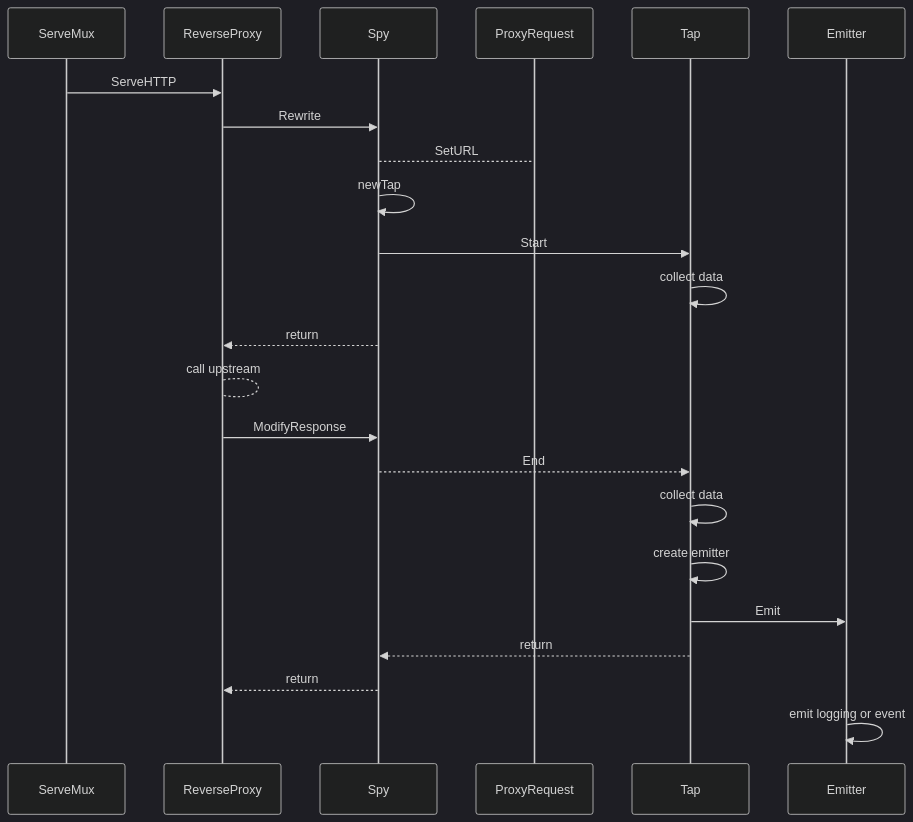
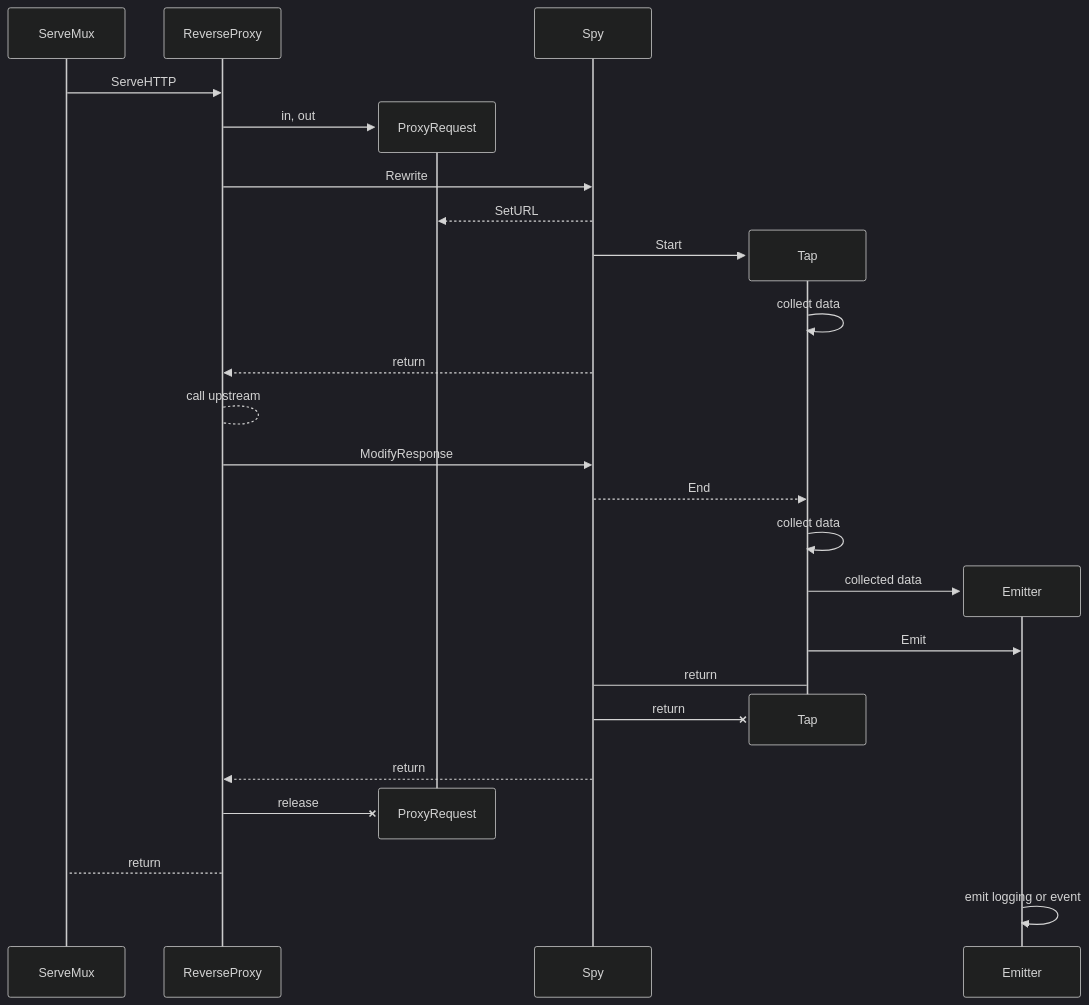
One commit to myhops/cewrap changed the diagram in README.md. Above: the diagram before and after it, drawn with Mermaid (dark theme).

Commit message:
Save work

````diff
--- a/README.md
+++ b/README.md
@@ -73,22 +73,37 @@
 ```mermaid
 %% Example of sequence diagram
   sequenceDiagram
     ServeMux->>ReverseProxy: ServeHTTP
+    create participant ProxyRequest
+    ReverseProxy->>ProxyRequest: in, out
     ReverseProxy->>Spy: Rewrite
-    Spy-->ProxyRequest: SetURL
-    Spy->>Spy: newTap
+    Spy-->>ProxyRequest: SetURL
+    
+    create participant Tap
     Spy->>Tap: Start
     Tap->>Tap: collect data
     Spy-->>ReverseProxy: return
+
     ReverseProxy-->ReverseProxy: call upstream
     ReverseProxy->>Spy: ModifyResponse
     
     Spy-->>Tap: End 
+
     Tap->>Tap: collect data
-    Tap->>Tap: create emitter
+    create participant Emitter
+    Tap->>Emitter: collected data
     Tap->>Emitter: Emit
-    Tap-->>Spy: return
+    Spy->Tap: return
+
+    destroy Tap
+    Spy-xTap: return
+    
     Spy-->>ReverseProxy: return
+
+    destroy ProxyRequest
+    ReverseProxy-xProxyRequest: release
+
+    ReverseProxy-->ServeMux: return
     
     Emitter->>Emitter: emit logging or event
 ```
````
